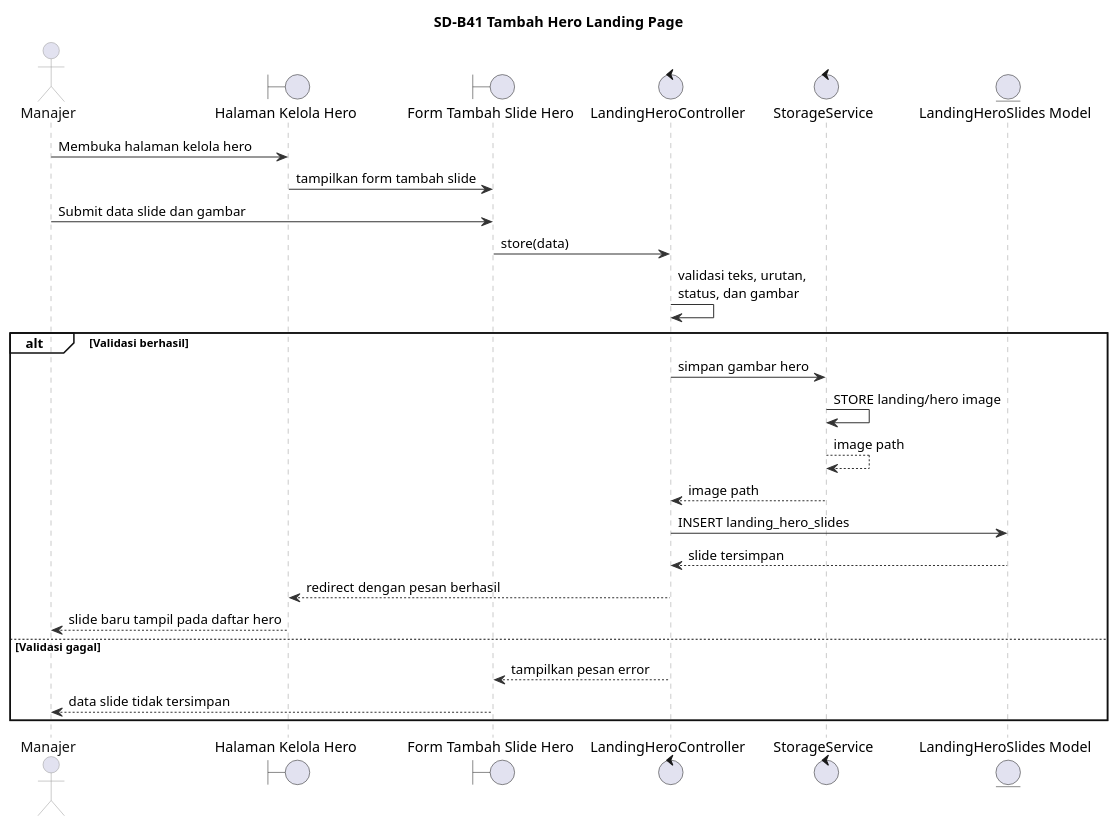
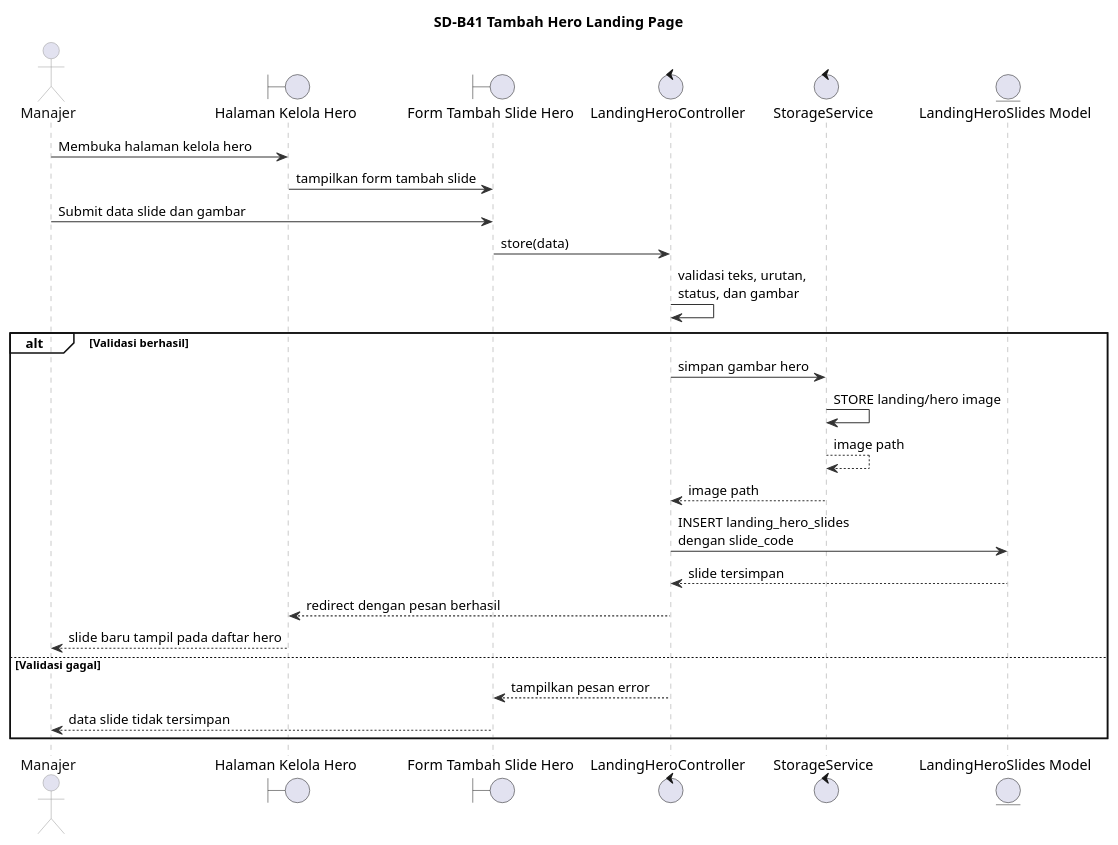
One commit to Fajrinputra/alterstudio-ta changed the diagram in sequence/SD-B41.puml. Above: the diagram before and after it, drawn with PlantUML. The commit also changed 71 other files, not shown here.

```diff
--- a/sequence/SD-B41.puml
+++ b/sequence/SD-B41.puml
@@ -1,47 +1,47 @@
 @startuml
 title SD-B41 Tambah Hero Landing Page
 
 skinparam backgroundColor white
 skinparam shadowing false
 skinparam BoxPadding 4
 skinparam sequence {
     ArrowColor #333333
     LifeLineBorderColor #999999
     LifeLineBackgroundColor white
     ParticipantBorderColor #999999
     ParticipantBackgroundColor #ECEEF8
     ParticipantFontColor #111111
     ActorBorderColor #999999
     ActorFontColor #111111
     GroupBorderColor #111111
     GroupBackgroundColor transparent
 }
 
 actor "Manajer" as Manajer
 boundary "Halaman Kelola Hero" as HalamanHero
 boundary "Form Tambah Slide Hero" as FormTambah
 control "LandingHeroController" as LandingHeroController
 control "StorageService" as StorageService
 entity "LandingHeroSlides Model" as LandingHeroSlide
 
 Manajer -> HalamanHero : Membuka halaman kelola hero
 HalamanHero -> FormTambah : tampilkan form tambah slide
 Manajer -> FormTambah : Submit data slide dan gambar
 FormTambah -> LandingHeroController : store(data)
 LandingHeroController -> LandingHeroController : validasi teks, urutan,\nstatus, dan gambar
 
 alt Validasi berhasil
     LandingHeroController -> StorageService : simpan gambar hero
     StorageService -> StorageService : STORE landing/hero image
     StorageService --> StorageService : image path
     StorageService --> LandingHeroController : image path
-    LandingHeroController -> LandingHeroSlide : INSERT landing_hero_slides
+    LandingHeroController -> LandingHeroSlide : INSERT landing_hero_slides\ndengan slide_code
     LandingHeroSlide --> LandingHeroController : slide tersimpan
     LandingHeroController --> HalamanHero : redirect dengan pesan berhasil
     HalamanHero --> Manajer : slide baru tampil pada daftar hero
 else Validasi gagal
     LandingHeroController --> FormTambah : tampilkan pesan error
     FormTambah --> Manajer : data slide tidak tersimpan
 end
 
 @enduml
```
